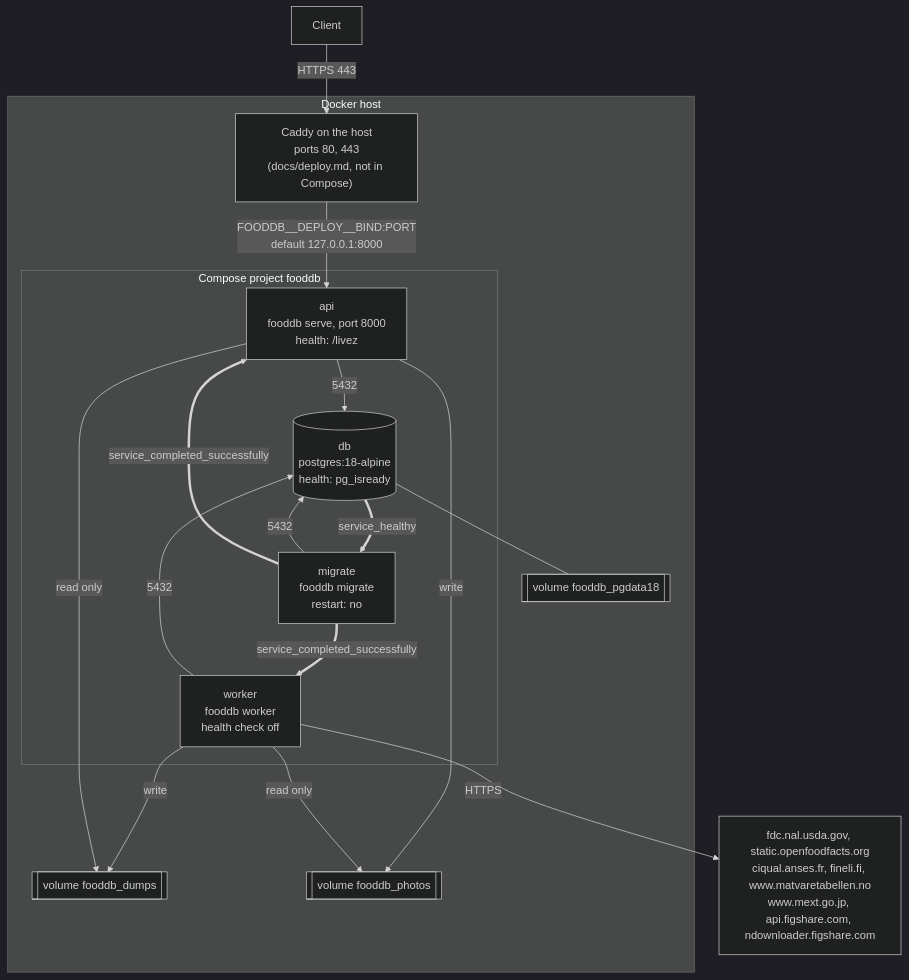
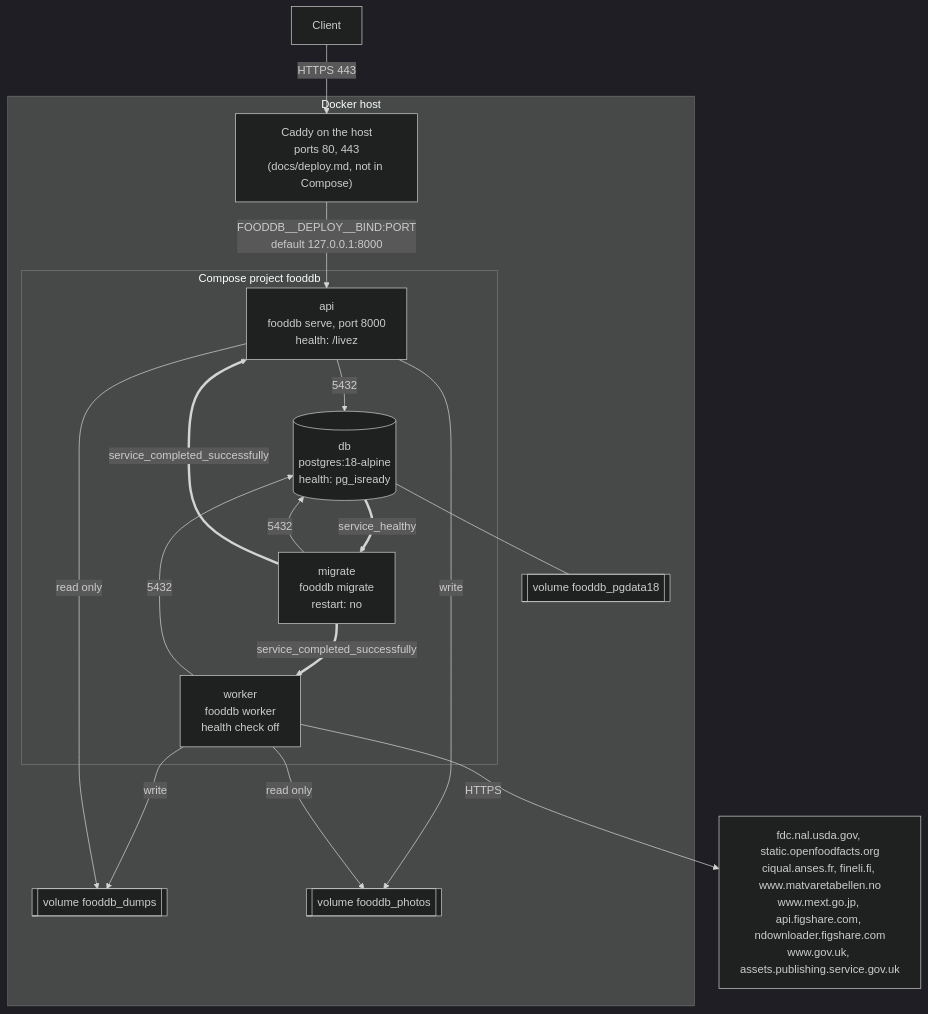
Before and after one commit to eait-fit/fooddb: the second of 19 diagrams in docs/architecture.md, drawn with Mermaid (dark theme). The commit also changed other lines of this file and 15 other files, not shown here.

````diff
--- a/docs/architecture.md
+++ b/docs/architecture.md
@@ -92,31 +92,31 @@
 ```mermaid
 flowchart TB
     client["Client"]
     subgraph host["Docker host"]
         caddy["Caddy on the host<br/>ports 80, 443<br/>(docs/deploy.md, not in Compose)"]
         subgraph stack["Compose project fooddb"]
             dbc[("db<br/>postgres:18-alpine<br/>health: pg_isready")]
             mig["migrate<br/>fooddb migrate<br/>restart: no"]
             apic["api<br/>fooddb serve, port 8000<br/>health: /livez"]
             wk["worker<br/>fooddb worker<br/>health check off"]
         end
         vol[["volume fooddb_pgdata18"]]
         dvol[["volume fooddb_dumps"]]
         pvol[["volume fooddb_photos"]]
     end
-    up["fdc.nal.usda.gov, static.openfoodfacts.org<br/>ciqual.anses.fr, fineli.fi, www.matvaretabellen.no<br/>www.mext.go.jp, api.figshare.com, ndownloader.figshare.com"]
+    up["fdc.nal.usda.gov, static.openfoodfacts.org<br/>ciqual.anses.fr, fineli.fi, www.matvaretabellen.no<br/>www.mext.go.jp, api.figshare.com, ndownloader.figshare.com<br/>www.gov.uk, assets.publishing.service.gov.uk"]
     client -->|"HTTPS 443"| caddy
     caddy -->|"FOODDB__DEPLOY__BIND:PORT<br/>default 127.0.0.1:8000"| apic
     dbc --- vol
     wk -->|"write"| dvol
     apic -->|"read only"| dvol
     apic -->|"write"| pvol
     wk -->|"read only"| pvol
     mig -->|5432| dbc
     apic -->|5432| dbc
     wk -->|5432| dbc
     wk -->|HTTPS| up
     dbc ==>|service_healthy| mig
     mig ==>|service_completed_successfully| apic
     mig ==>|service_completed_successfully| wk
 ```
````
